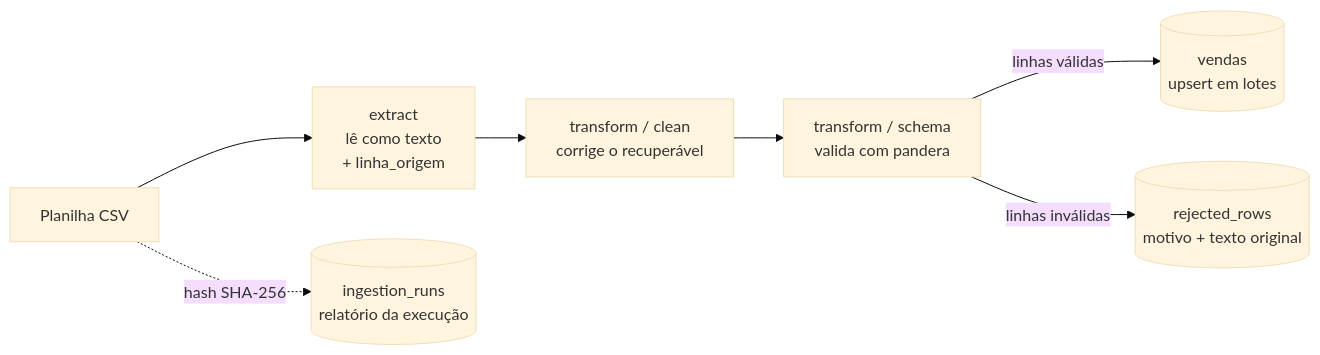
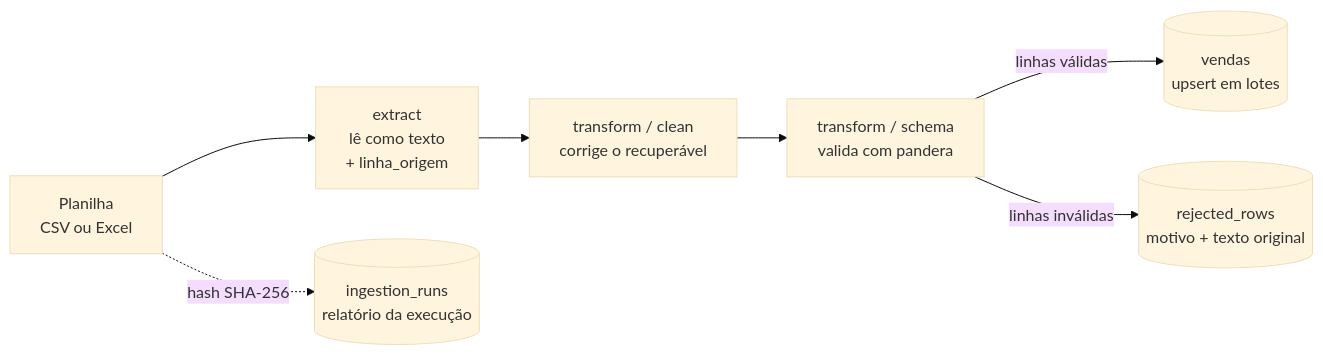
One commit to ThaisAlves7/etl-planilhas changed the diagram in README.md. Above: the diagram before and after it, drawn with Mermaid (base theme). The commit also changed other lines of this file, not shown here.

Commit message:
docs: documenta o suporte a Excel e atualiza o README

````diff
--- a/README.md
+++ b/README.md
@@ -15,9 +15,9 @@
 ```mermaid
 flowchart LR
-    A[Planilha CSV] --> B["extract<br/>lê como texto<br/>+ linha_origem"]
+    A["Planilha<br/>CSV ou Excel"] --> B["extract<br/>lê como texto<br/>+ linha_origem"]
     B --> C["transform / clean<br/>corrige o recuperável"]
     C --> D["transform / schema<br/>valida com pandera"]
     D -->|linhas válidas| E[("vendas<br/>upsert em lotes")]
     D -->|linhas inválidas| F[("rejected_rows<br/>motivo + texto original")]
     A -.->|hash SHA-256| G[("ingestion_runs<br/>relatório da execução")]
 ```
````
